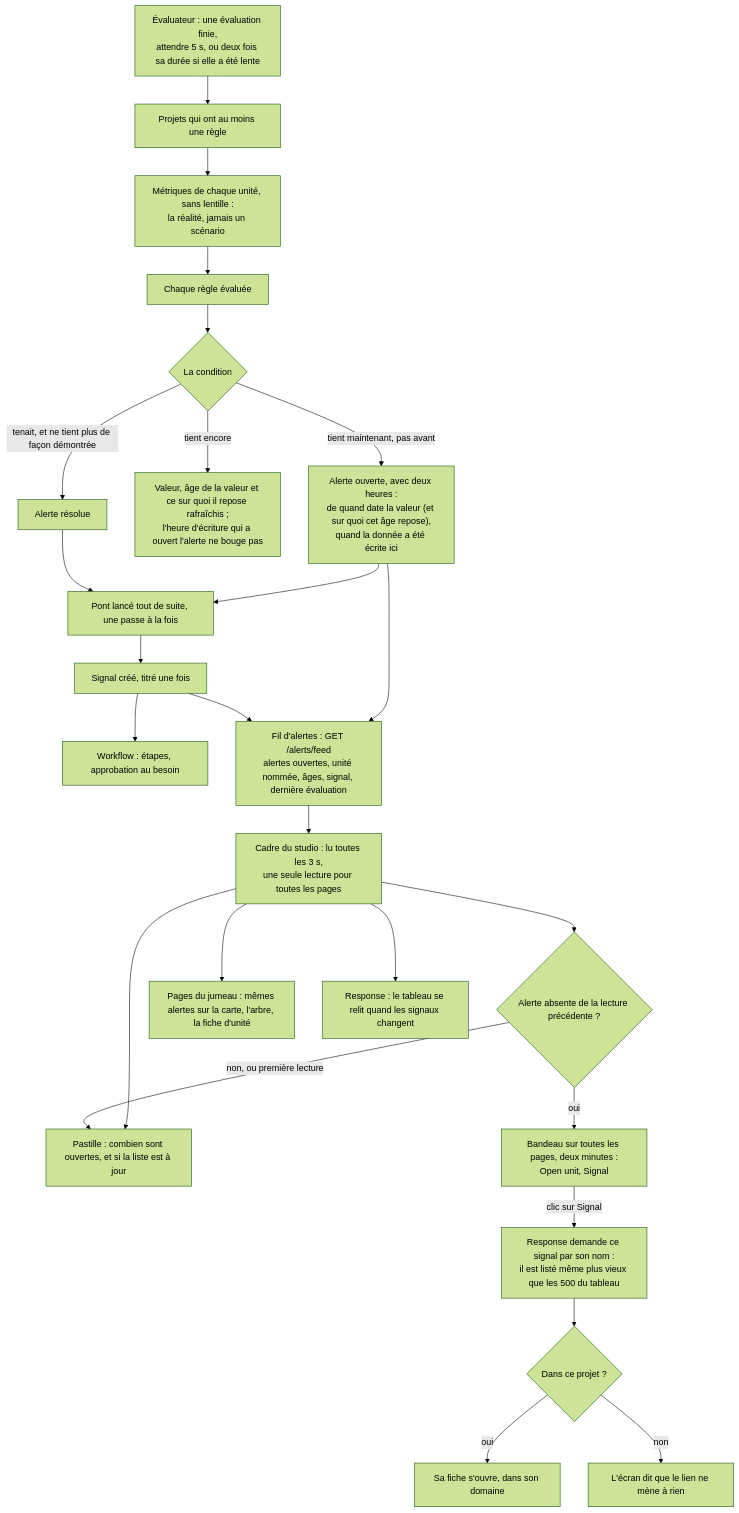
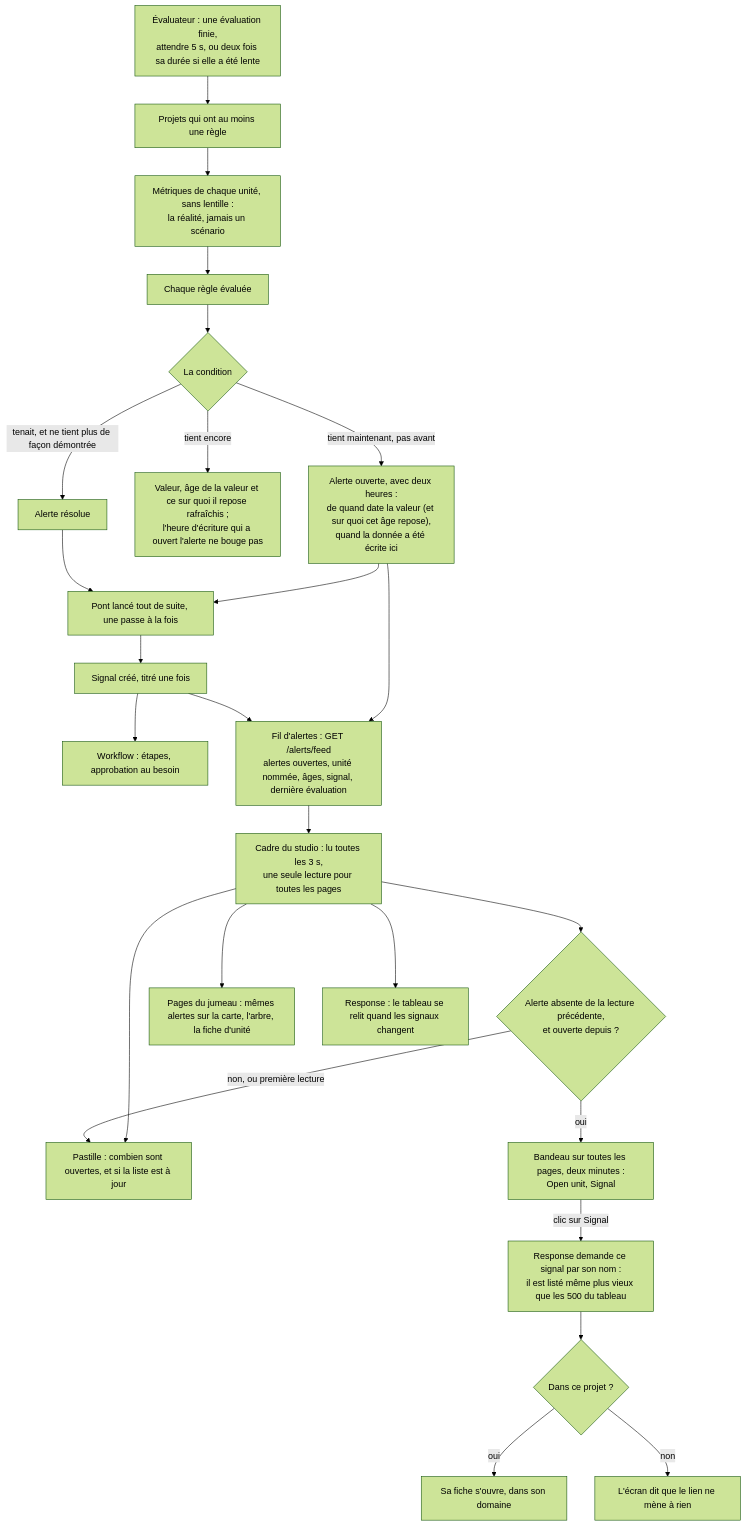
Before and after one commit to V1ktor7/obscyro: diagram 27 of 30 in docs/algorithms.md, drawn with Mermaid (forest theme). The commit also changed other lines of this file and 3 other files, not shown here.

````diff
--- a/docs/algorithms.md
+++ b/docs/algorithms.md
@@ -780,27 +780,27 @@
 ```mermaid
 flowchart TD
     A["Évaluateur : une évaluation finie,<br/>attendre 5 s, ou deux fois sa durée si elle a été lente"] --> B["Projets qui ont au moins une règle"]
     B --> C["Métriques de chaque unité, sans lentille :<br/>la réalité, jamais un scénario"]
     C --> D["Chaque règle évaluée"]
     D --> E{"La condition"}
     E -->|"tient maintenant, pas avant"| F["Alerte ouverte, avec deux heures :<br/>de quand date la valeur (et sur quoi cet âge repose),<br/>quand la donnée a été écrite ici"]
     E -->|"tient encore"| F2["Valeur, âge de la valeur et ce sur quoi il repose rafraîchis ;<br/>l'heure d'écriture qui a ouvert l'alerte ne bouge pas"]
     E -->|"tenait, et ne tient plus de façon démontrée"| G["Alerte résolue"]
     F --> H["Pont lancé tout de suite, une passe à la fois"]
     G --> H
     H --> I["Signal créé, titré une fois"]
     I --> J["Workflow : étapes, approbation au besoin"]
     F --> K["Fil d'alertes : GET /alerts/feed<br/>alertes ouvertes, unité nommée, âges, signal, dernière évaluation"]
     I --> K
     K --> L["Cadre du studio : lu toutes les 3 s,<br/>une seule lecture pour toutes les pages"]
     L --> M["Pastille : combien sont ouvertes, et si la liste est à jour"]
-    L --> N{"Alerte absente de la lecture précédente ?"}
+    L --> N{"Alerte absente de la lecture précédente,<br/>et ouverte depuis ?"}
     N -->|"oui"| O["Bandeau sur toutes les pages, deux minutes :<br/>Open unit, Signal"]
     N -->|"non, ou première lecture"| M
     L --> P["Pages du jumeau : mêmes alertes sur la carte, l'arbre, la fiche d'unité"]
     L --> Q["Response : le tableau se relit quand les signaux changent"]
     O -->|"clic sur Signal"| R["Response demande ce signal par son nom :<br/>il est listé même plus vieux que les 500 du tableau"]
     R --> S{"Dans ce projet ?"}
     S -->|"oui"| T["Sa fiche s'ouvre, dans son domaine"]
     S -->|"non"| U["L'écran dit que le lien ne mène à rien"]
 ```
````
